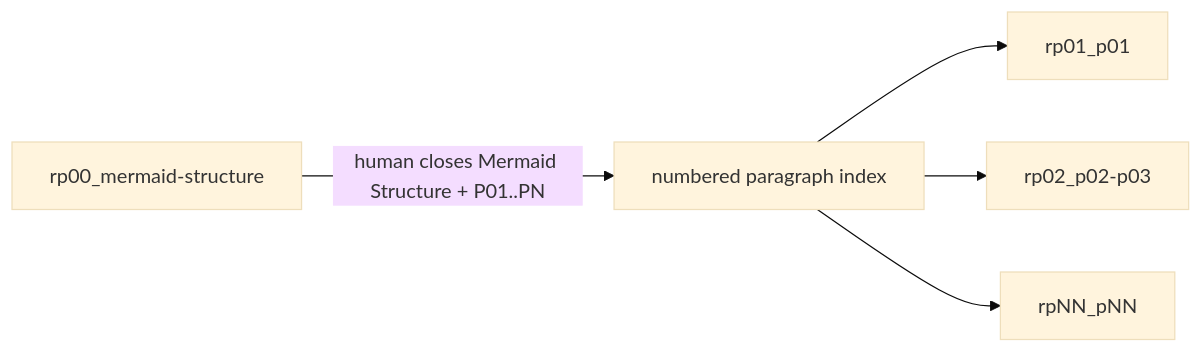
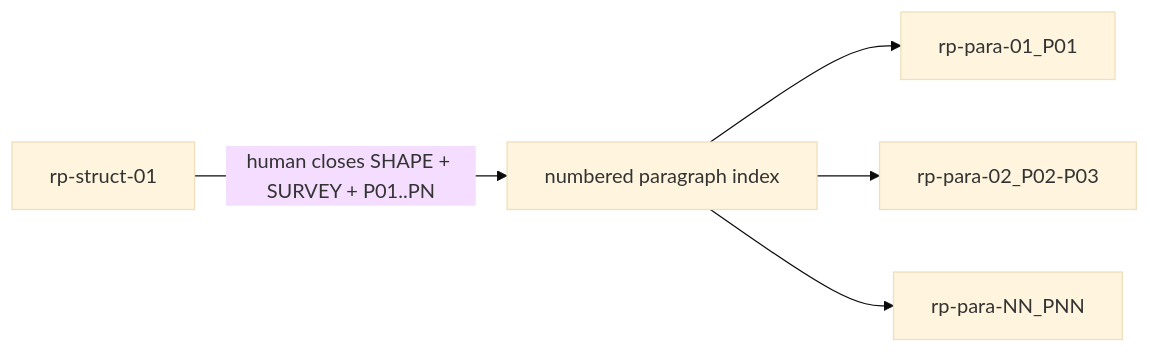
The diagram in plugins/haipipe-toolkit/skills/page/pages/haipipe-page-guide/haipipe-page-guide.md (jluo41/Tools), drawn with Mermaid (base theme) before and after one commit. The commit also changed other lines of this file and 135 other files, not shown here.

````diff
--- a/plugins/haipipe-toolkit/skills/page/pages/haipipe-page-guide/haipipe-page-guide.md
+++ b/plugins/haipipe-toolkit/skills/page/pages/haipipe-page-guide/haipipe-page-guide.md
@@ -82,7 +82,7 @@
 ```mermaid
 flowchart LR
-  O["rp00_mermaid-structure"] -->|human closes Mermaid Structure + P01..PN| I["numbered paragraph index"]
-  I --> R1["rp01_p01"]
-  I --> R2["rp02_p02-p03"]
-  I --> RN["rpNN_pNN"]
+  O["rp-struct-01"] -->|human closes SHAPE + SURVEY + P01..PN| I["numbered paragraph index"]
+  I --> R1["rp-para-01_P01"]
+  I --> R2["rp-para-02_P02-P03"]
+  I --> RN["rp-para-NN_PNN"]
 ```
````
